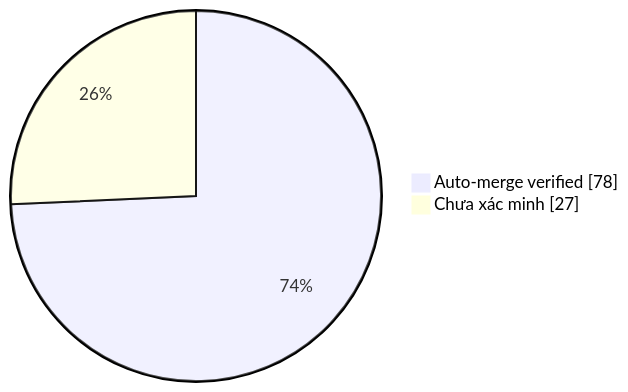
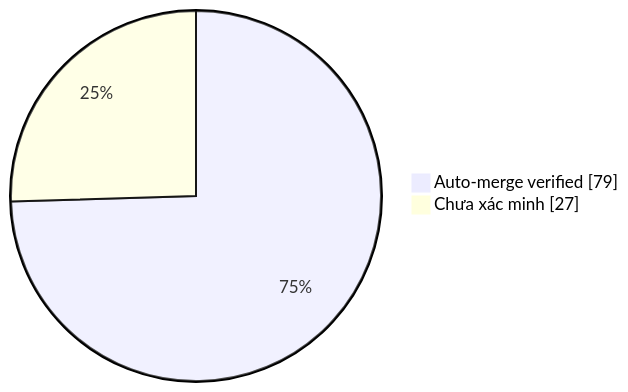
Before and after one commit to duykhang68/tetdinhmuiblog: the diagram in collector.md, drawn with Mermaid. The commit also changed other lines of this file and 1 other file, not shown here.

Commit message:
docs(collector): update auto-merge evidence dashboard

````diff
--- a/collector.md
+++ b/collector.md
@@ -22,5 +22,5 @@
 ```mermaid
 pie showData
-    "Auto-merge verified" : 78
+    "Auto-merge verified" : 79
     "Chưa xác minh" : 27
 ```
````
